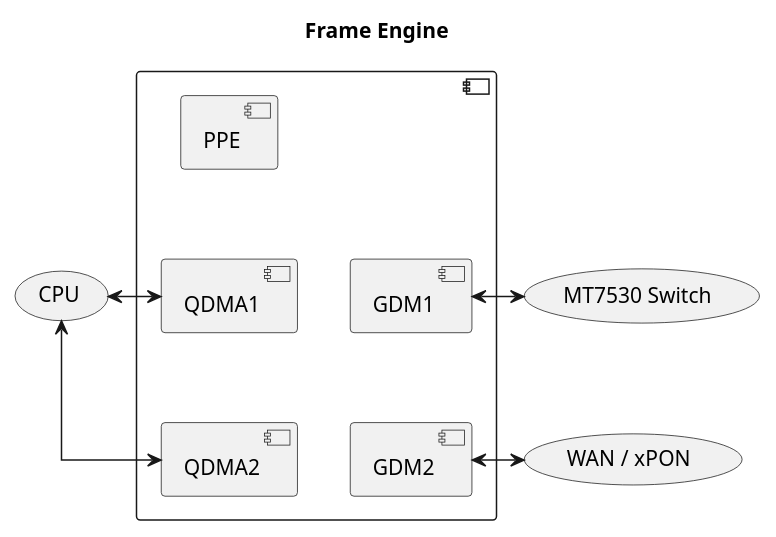
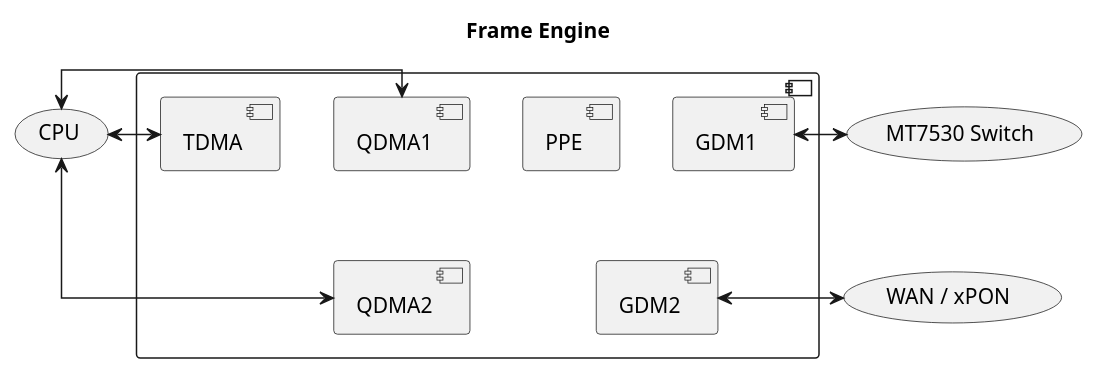
Before and after one commit to cjdelisle/econet-linux-wiki: the first of 2 diagrams in hardware/EN751221/frame-engine.md, drawn with PlantUML. The commit also changed other lines of this file, not shown here.

Commit message:
docs: update hardware/EN751221/frame-engine

````diff
--- a/hardware/EN751221/frame-engine.md
+++ b/hardware/EN751221/frame-engine.md
@@ -21,26 +22,28 @@
 ```plantuml
 @startuml FrameEngine
 skinparam linetype ortho
 skinparam backgroundColor #ffffff
 title "Frame Engine"
 
 component {
     component QDMA1
     component QDMA2
+    component TDMA
     component GDM1
     component GDM2
     component PPE
 }
 
 QDMA1 <-left-> (CPU)
 QDMA2 <-left-> (CPU)
+TDMA <-left-> (CPU)
 QDMA1 -[hidden]down-> QDMA2
 
 QDMA1 -[hidden]right-> GDM1
 QDMA2 -[hidden]right-> GDM2
-QDMA1 -[hidden]up-> PPE
+QDMA1 -[hidden]right-> PPE
 
 GDM1 <-right-> (MT7530 Switch)
 GDM2 <-right-> (WAN / xPON)
 @enduml
 ```
````
